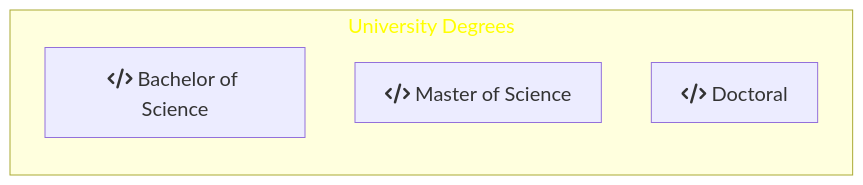
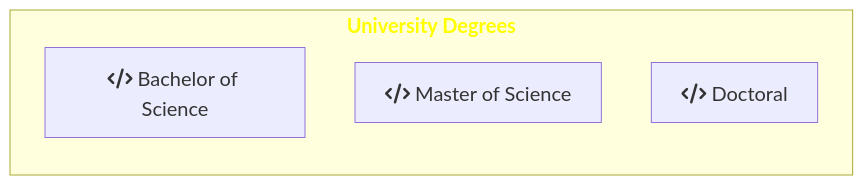
The second of 2 diagrams in README.md (DippoldEJ/DippoldEJ), drawn with Mermaid before and after one commit.

````diff
--- a/README.md
+++ b/README.md
@@ -37,16 +37,16 @@
 ```mermaid
 flowchart LR;
 %%{init: {
 	'themeVariables': { 'fontSize': '20px', 'fontFamily': 'Didot'}
 	}
 }%%
 
-subgraph h[University Degrees]
+subgraph h["`**University Degrees**`"]
 direction TD
     s[fa:fa-code Bachelor of Science ]
     b[fa:fa-code Master of Science ]
     a[fa:fa-code Doctoral ]
     end
 
 style h color:#FFFF00
 ```
````
